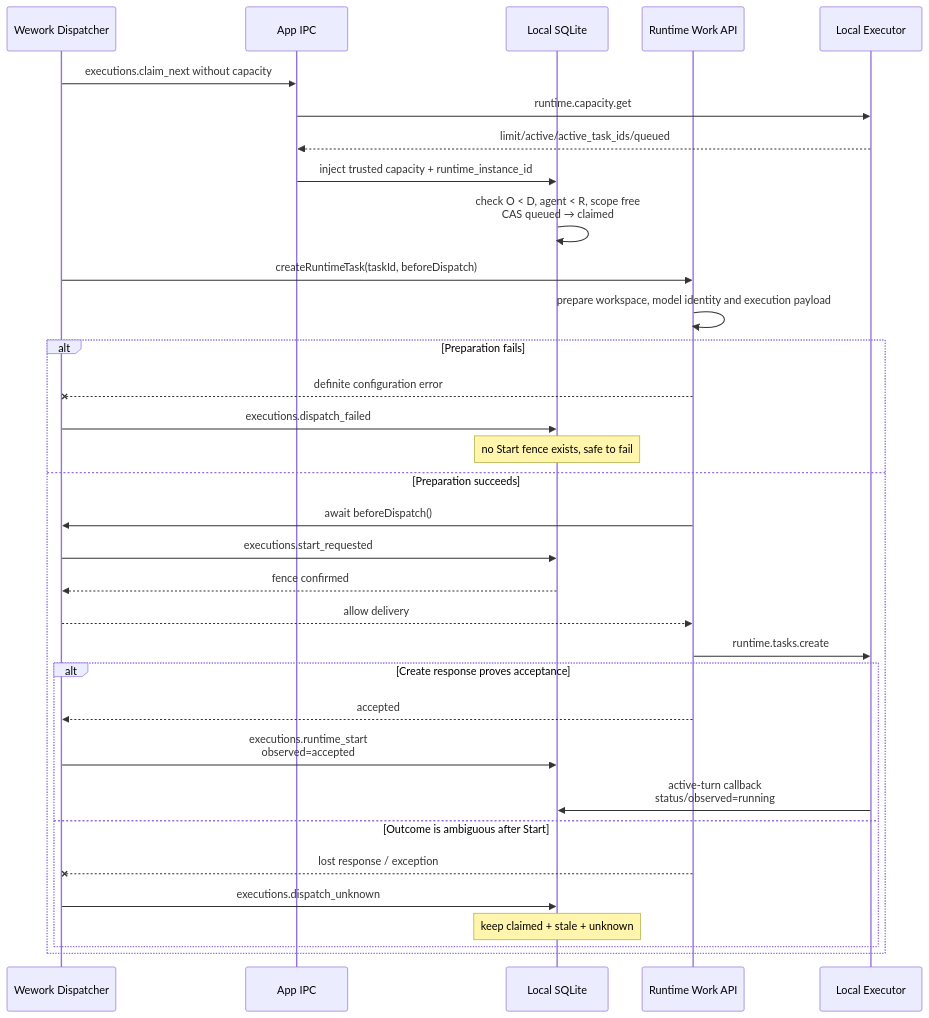
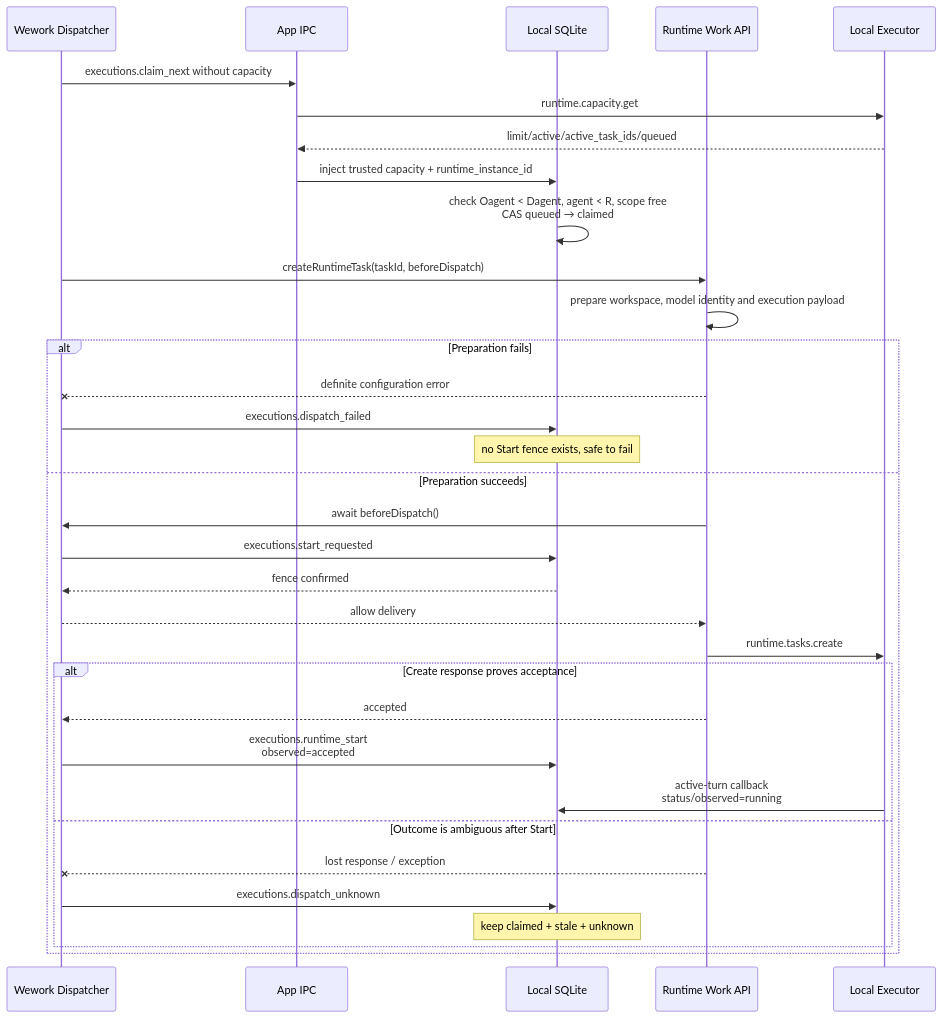
The fifth of 11 diagrams in docs/en/wework/developer-guide/wework-project-execution-state-truth-refactoring.md (wecode-ai/Wegent), drawn with Mermaid before and after one commit. The commit also changed other lines of this file and 12 other files, not shown here.

````diff
--- a/docs/en/wework/developer-guide/wework-project-execution-state-truth-refactoring.md
+++ b/docs/en/wework/developer-guide/wework-project-execution-state-truth-refactoring.md
@@ -227,35 +227,35 @@
 ```mermaid
 sequenceDiagram
   participant APP as Wework Dispatcher
   participant IPC as App IPC
   participant SQL as Local SQLite
   participant API as Runtime Work API
   participant R as Local Executor
   APP->>IPC: executions.claim_next without capacity
   IPC->>R: runtime.capacity.get
   R-->>IPC: limit/active/active_task_ids/queued
   IPC->>SQL: inject trusted capacity + runtime_instance_id
-  SQL->>SQL: check O < D, agent < R, scope free<br/>CAS queued → claimed
+  SQL->>SQL: check Oagent < Dagent, agent < R, scope free<br/>CAS queued → claimed
   APP->>API: createRuntimeTask(taskId, beforeDispatch)
   API->>API: prepare workspace, model identity and execution payload
   alt Preparation fails
     API--xAPP: definite configuration error
     APP->>SQL: executions.dispatch_failed
     Note over SQL: no Start fence exists, safe to fail
   else Preparation succeeds
     API->>APP: await beforeDispatch()
     APP->>SQL: executions.start_requested
     SQL-->>APP: fence confirmed
     APP-->>API: allow delivery
     API->>R: runtime.tasks.create
     alt Create response proves acceptance
       API-->>APP: accepted
       APP->>SQL: executions.runtime_start<br/>observed=accepted
       R->>SQL: active-turn callback<br/>status/observed=running
     else Outcome is ambiguous after Start
       API--xAPP: lost response / exception
       APP->>SQL: executions.dispatch_unknown
       Note over SQL: keep claimed + stale + unknown
     end
   end
 ```
````
